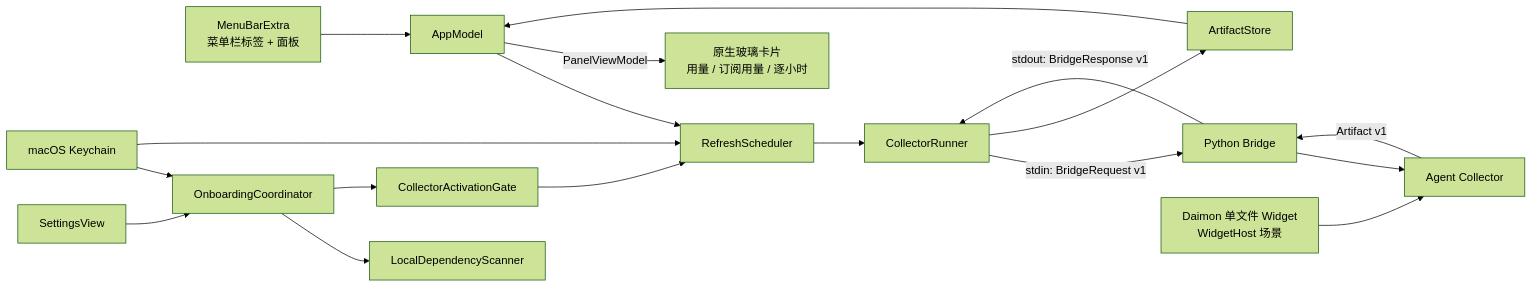
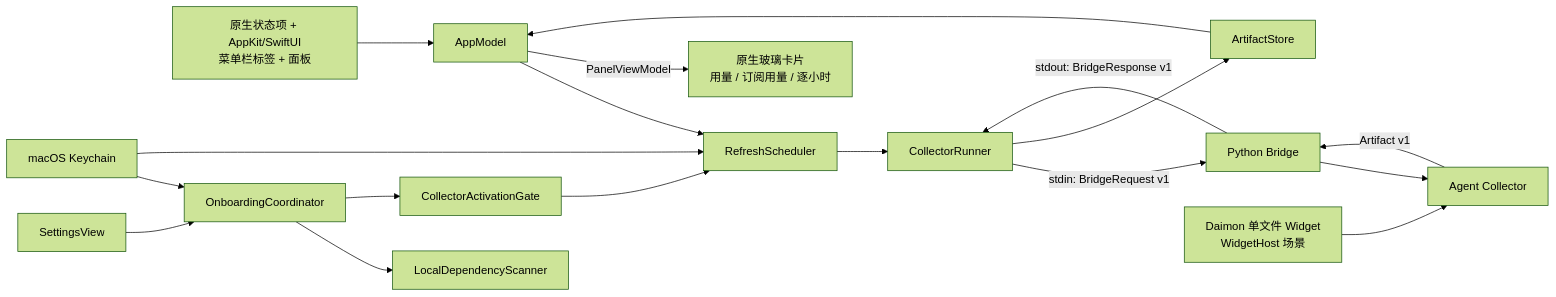
The diagram in docs/development/01-mddd-design.md (4everSivan/Bruce), drawn with Mermaid (forest theme) before and after one commit. The commit also changed other lines of this file and 54 other files, not shown here.

First line of the commit message:
refactor(architecture): consolidate runtime context and packaging flow

````diff
--- a/docs/development/01-mddd-design.md
+++ b/docs/development/01-mddd-design.md
@@ -421,20 +421,20 @@
 ```mermaid
 flowchart LR
-    MENU["MenuBarExtra<br/>菜单栏标签 + 面板"] --> APP["AppModel"]
+    MENU["原生状态项 + AppKit/SwiftUI<br/>菜单栏标签 + 面板"] --> APP["AppModel"]
     APP --> SCHED["RefreshScheduler"]
     SETTINGS["SettingsView"] --> CO["OnboardingCoordinator"]
     CO --> SCAN["LocalDependencyScanner"]
     CO --> GATE["CollectorActivationGate"]
     GATE --> SCHED["RefreshScheduler"]
     SCHED --> RUNNER["CollectorRunner"]
     RUNNER -->|stdin: BridgeRequest v1| BRIDGE["Python Bridge"]
     BRIDGE --> AGENT["Agent Collector"]
     AGENT -->|Artifact v1| BRIDGE
     BRIDGE -->|stdout: BridgeResponse v1| RUNNER
     RUNNER --> STORE["ArtifactStore"]
     STORE --> APP
     APP -->|PanelViewModel| PANEL["原生玻璃卡片<br/>用量 / 订阅用量 / 逐小时"]
     KEYCHAIN["macOS Keychain"] --> CO
     KEYCHAIN --> SCHED
     WIDGET["Daimon 单文件 Widget<br/>WidgetHost 场景"] --> AGENT
 ```
````
